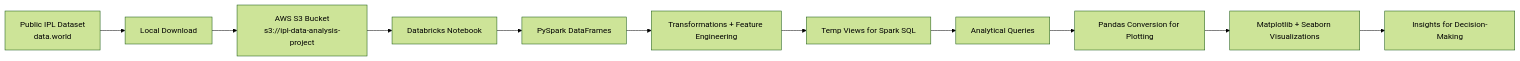
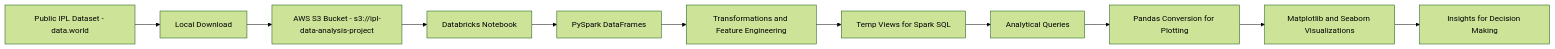
One commit to ok-sarthak/IPL-Data-Analysis-using-Apache-Spark changed the first of 3 diagrams in README.md. Above: the diagram before and after it, drawn with Mermaid (forest theme). The commit also changed other lines of this file, not shown here.

Commit message:
Refine flowchart labels and formatting in README for clarity and consistency

````diff
--- a/README.md
+++ b/README.md
@@ -72,13 +72,13 @@
 ```mermaid
 flowchart LR
-		A[Public IPL Dataset<br/>data.world] --> B[Local Download]
-		B --> C[AWS S3 Bucket<br/>s3://ipl-data-analysis-project]
-		C --> D[Databricks Notebook]
-		D --> E[PySpark DataFrames]
-		E --> F[Transformations + Feature Engineering]
-		F --> G[Temp Views for Spark SQL]
-		G --> H[Analytical Queries]
-		H --> I[Pandas Conversion for Plotting]
-		I --> J[Matplotlib + Seaborn Visualizations]
-		J --> K[Insights for Decision-Making]
+    A[Public IPL Dataset - data.world] --> B[Local Download]
+    B --> C[AWS S3 Bucket - s3://ipl-data-analysis-project]
+    C --> D[Databricks Notebook]
+    D --> E[PySpark DataFrames]
+    E --> F[Transformations and Feature Engineering]
+    F --> G[Temp Views for Spark SQL]
+    G --> H[Analytical Queries]
+    H --> I[Pandas Conversion for Plotting]
+    I --> J[Matplotlib and Seaborn Visualizations]
+    J --> K[Insights for Decision Making]
 ```
````
